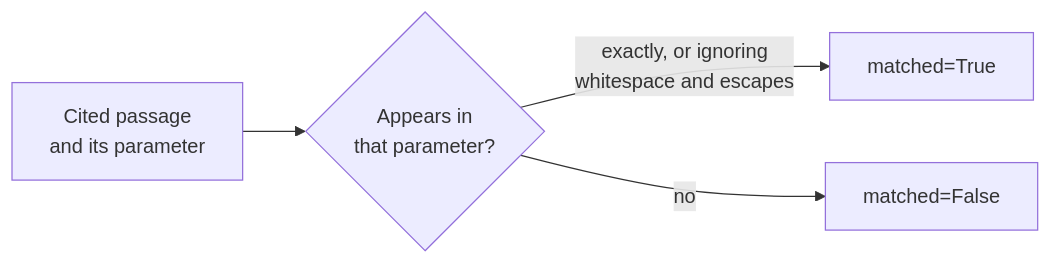
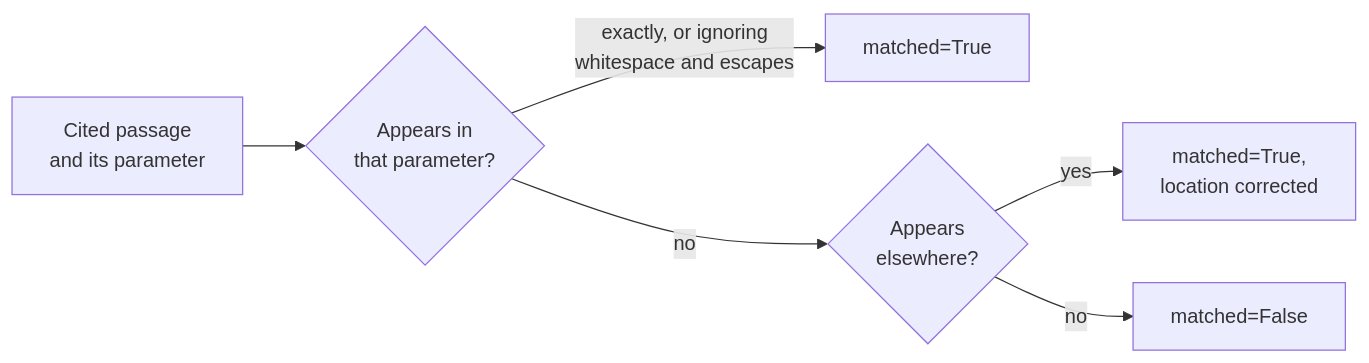
The second of 4 diagrams in docs/content/docs/classifiers-custom.mdx (confident-ai/deepeval), drawn with Mermaid before and after one commit. The commit also changed other lines of this file, not shown here.

Commit message:
docs: evidence is matched wherever the quote appears

````diff
--- a/docs/content/docs/classifiers-custom.mdx
+++ b/docs/content/docs/classifiers-custom.mdx
@@ -315,6 +315,8 @@
 ```mermaid
 flowchart LR
     quote[Cited passage<br/>and its parameter] --> find{Appears in<br/>that parameter?}
     find -- "exactly, or ignoring<br/>whitespace and escapes" --> yes[matched=True]
-    find -- no --> no[matched=False]
+    find -- no --> other{Appears<br/>elsewhere?}
+    other -- yes --> moved[matched=True,<br/>location corrected]
+    other -- no --> no[matched=False]
 ```
````
